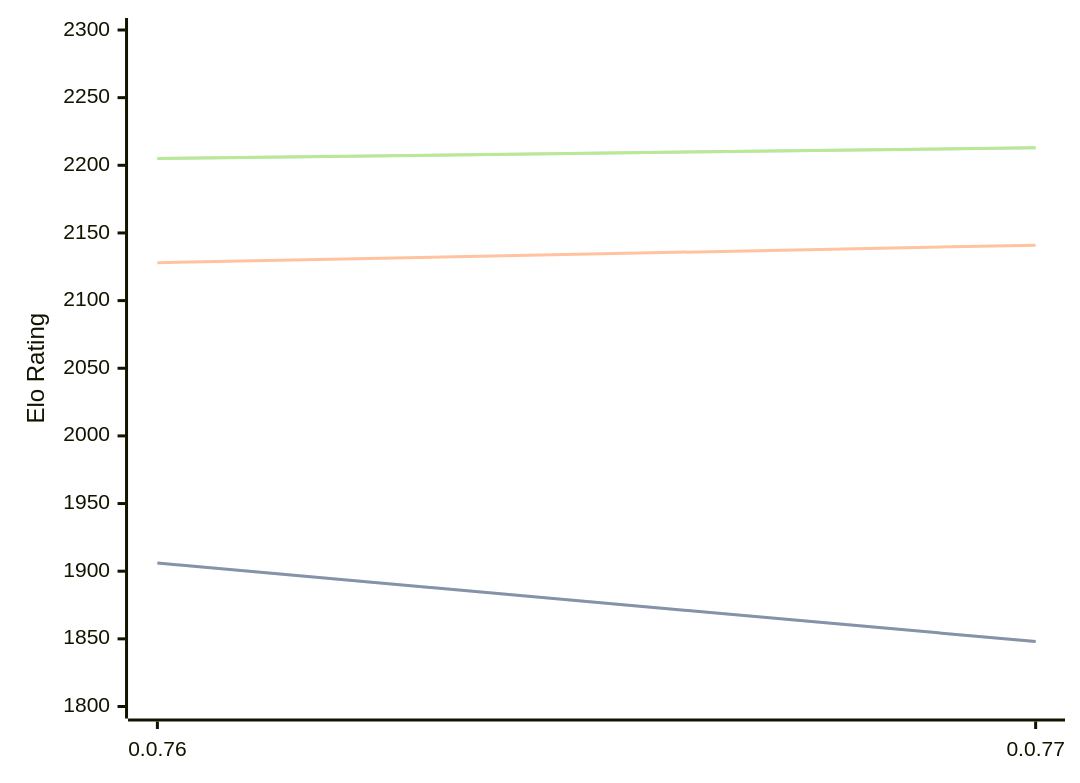
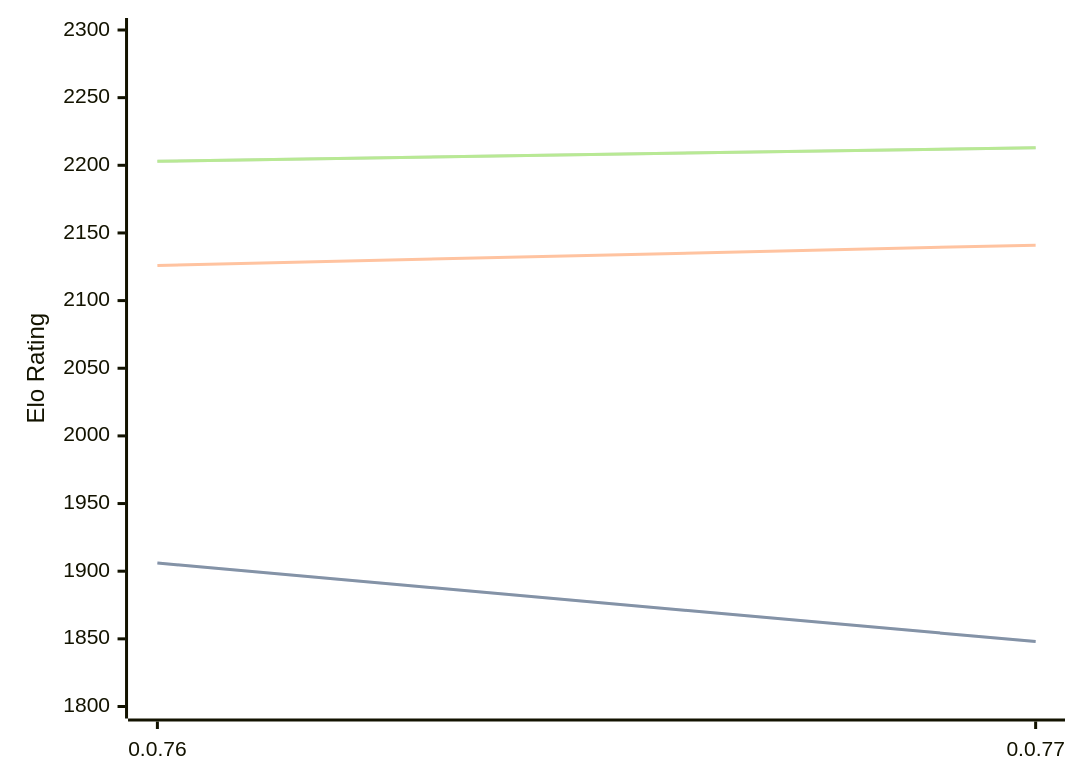
The diagram in engines/Fktb.md (computer-chess-index/cci), drawn with Mermaid before and after one commit. The commit also changed other lines of this file, not shown here.

Commit message:
Update CCI Ratings (ELO VLTC) - 2026-06-12

````diff
--- a/engines/Fktb.md
+++ b/engines/Fktb.md
@@ -32,11 +32,11 @@
 ```mermaid
 %%{init: {"theme":"base","themeVariables":{"seriesColors:['#a3a3a3','#222221','#faa371']}}}%%
 xychart-beta
   x-axis ["0.0.76", "0.0.77"]
   y-axis "Elo Rating" 1800 --> 2300
   line "STC (8.0+0.08s)" [1906, 1848]
   line "STC (8.0+0.08s)" [1906, 1848]
-  line "LTC (60.0+0.60s)" [2128, 2141]
-  line "VLTC (2m24s+1.12s)" [2205, 2213]
-  line "VLTC (2m24s+1.12s)" [2205, 2213]
+  line "LTC (60.0+0.60s)" [2126, 2141]
+  line "VLTC (2m24s+1.12s)" [2203, 2213]
+  line "VLTC (2m24s+1.12s)" [2203, 2213]
 ```
````
